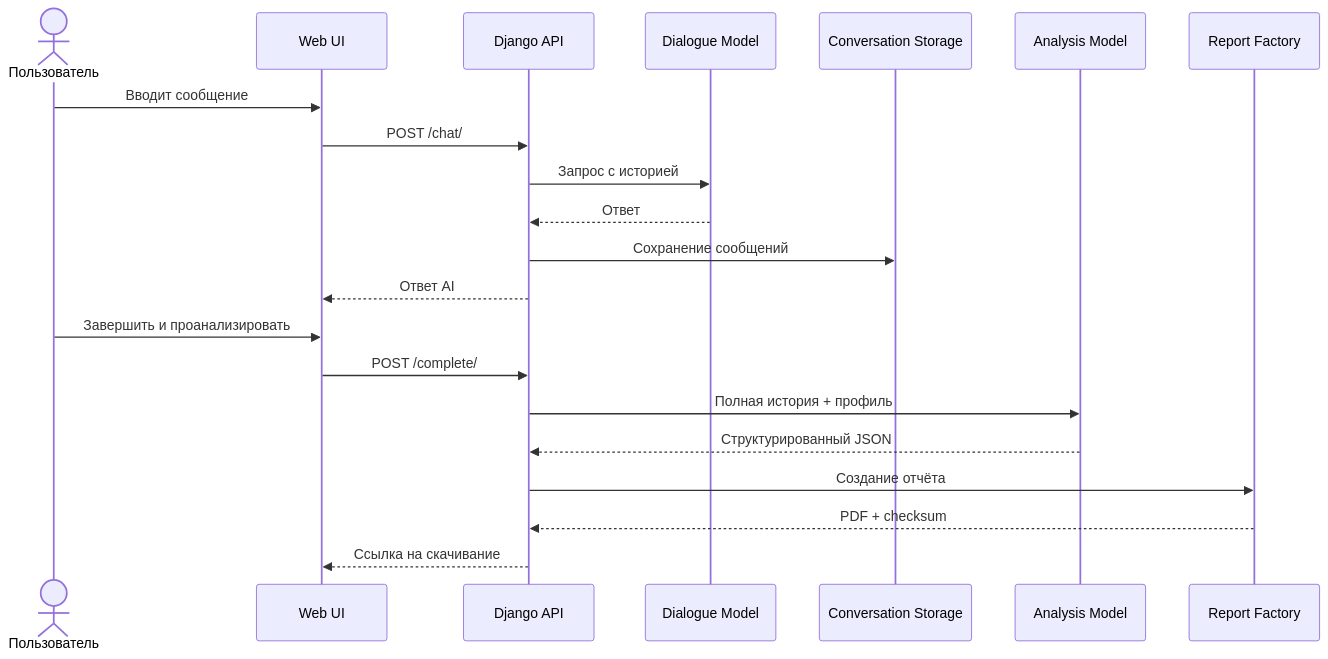
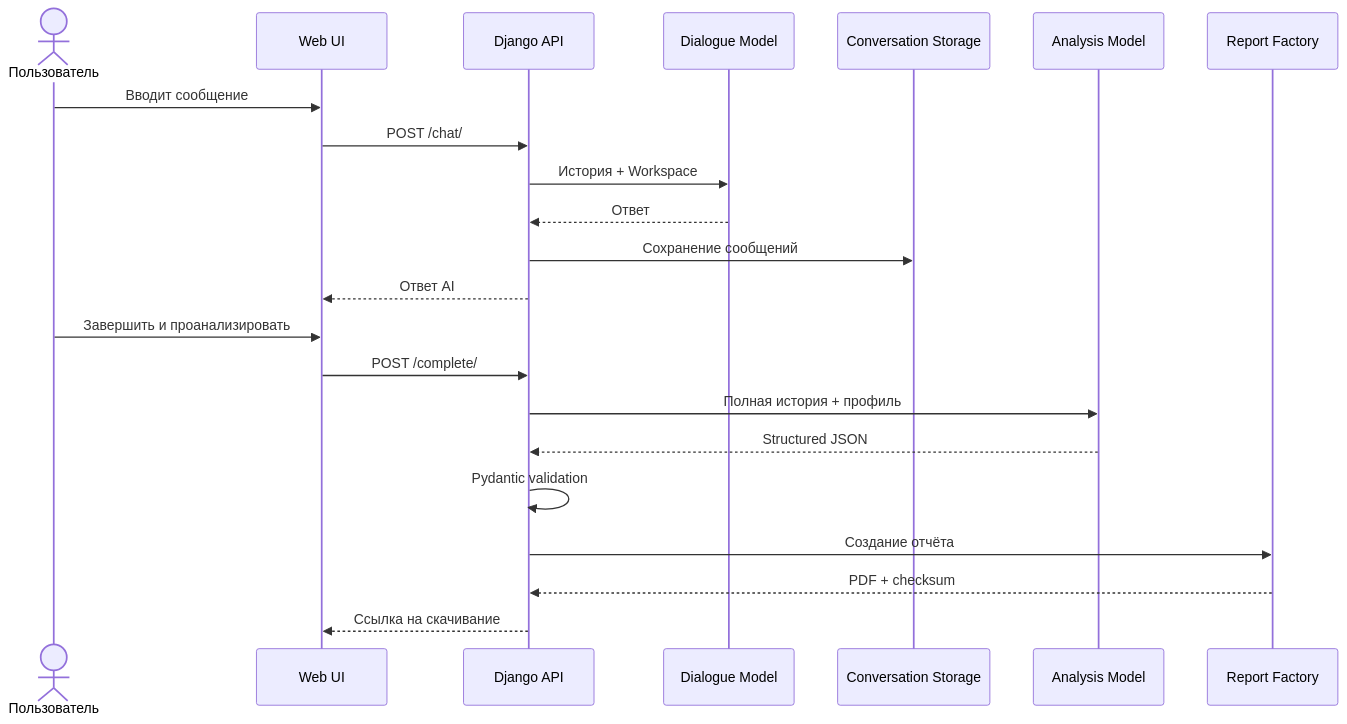
Before and after one commit to VictorKVS/Developer-of-AI-agents: the third of 4 diagrams in projects/02-dialogue-ai-assistant/README.md, drawn with Mermaid. The commit also changed other lines of this file, not shown here.

````diff
--- a/projects/02-dialogue-ai-assistant/README.md
+++ b/projects/02-dialogue-ai-assistant/README.md
@@ -131,25 +229,26 @@
 ```mermaid
 sequenceDiagram
     actor User as Пользователь
     participant UI as Web UI
     participant API as Django API
     participant Chat as Dialogue Model
     participant Store as Conversation Storage
     participant Analyst as Analysis Model
     participant PDF as Report Factory
 
     User->>UI: Вводит сообщение
     UI->>API: POST /chat/
-    API->>Chat: Запрос с историей
+    API->>Chat: История + Workspace
     Chat-->>API: Ответ
     API->>Store: Сохранение сообщений
     API-->>UI: Ответ AI
 
     User->>UI: Завершить и проанализировать
     UI->>API: POST /complete/
     API->>Analyst: Полная история + профиль
-    Analyst-->>API: Структурированный JSON
+    Analyst-->>API: Structured JSON
+    API->>API: Pydantic validation
     API->>PDF: Создание отчёта
     PDF-->>API: PDF + checksum
     API-->>UI: Ссылка на скачивание
 ```
````
